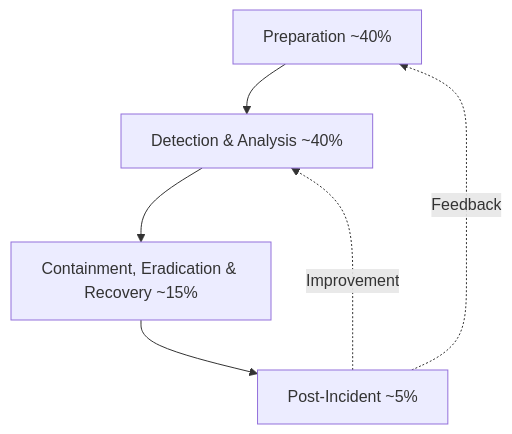
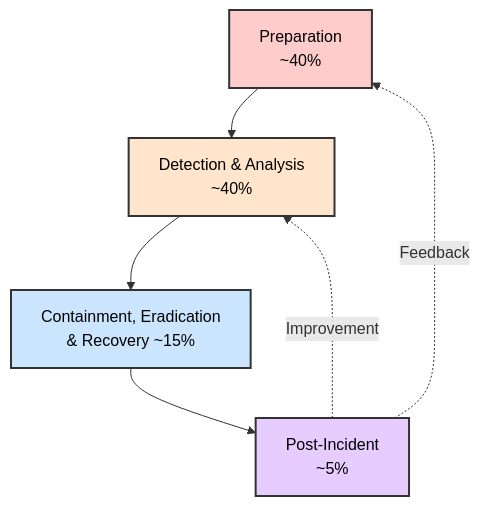
Diagram 12 of 29 in 1-Incident-Handling-Process/README.md (manojxshrestha/SOC-Analyst-Cheatsheet), drawn with Mermaid before and after one commit. The commit also changed other lines of this file, not shown here.

Commit message:
Fix mermaid diagrams in Module 1 - add pastel backgrounds and proper formatting

````diff
--- a/1-Incident-Handling-Process/README.md
+++ b/1-Incident-Handling-Process/README.md
@@ -411,9 +479,14 @@
 ```mermaid
 graph TD
-    P[Preparation ~40%] --> D[Detection & Analysis ~40%]
-    D --> C[Containment, Eradication & Recovery ~15%]
-    C --> PI[Post-Incident ~5%]
+    A["Preparation<br/>~40%"] --> B["Detection & Analysis<br/>~40%"]
+    B --> C["Containment, Eradication<br/>& Recovery ~15%"]
+    C --> D["Post-Incident<br/>~5%"]
     
-    PI -.->|Feedback| P
-    PI -.->|Improvement| D
+    D -.->|Feedback| A
+    D -.->|Improvement| B
+    
+    style A fill:#ffcccc,stroke:#333,stroke-width:2px,color:#000
+    style B fill:#ffe5cc,stroke:#333,stroke-width:2px,color:#000
+    style C fill:#cce5ff,stroke:#333,stroke-width:2px,color:#000
+    style D fill:#e6ccff,stroke:#333,stroke-width:2px,color:#000
 ```
````
